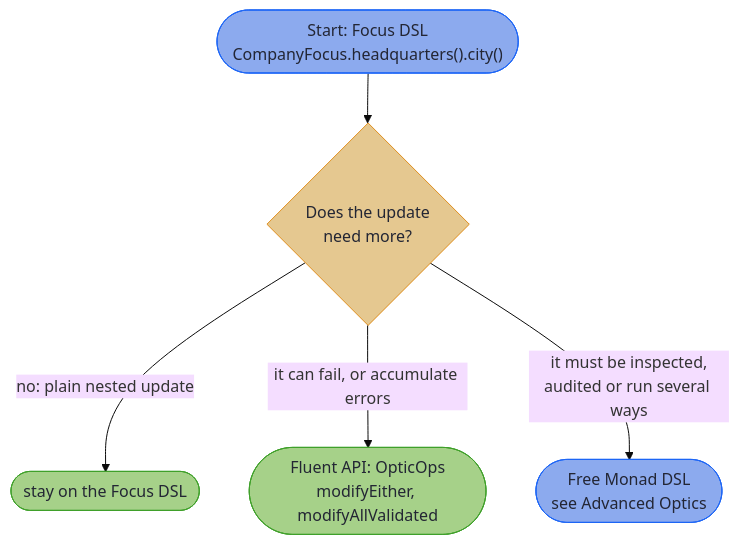
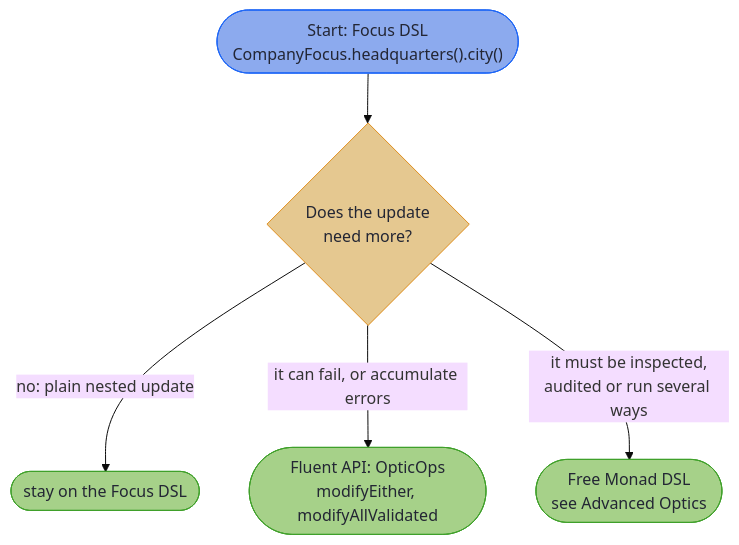
One commit to higher-kinded-j/higher-kinded-j changed the second of 3 diagrams in hkj-book/src/optics/decision_trees.md. Above: the diagram before and after it, drawn with Mermaid (base theme). The commit also changed other lines of this file and 4 other files, not shown here.

````diff
--- a/hkj-book/src/optics/decision_trees.md
+++ b/hkj-book/src/optics/decision_trees.md
@@ -55,14 +55,14 @@
 ```mermaid
 flowchart TD
     S(["Start: Focus DSL<br/>CompanyFocus.headquarters().city()"]) --> Q{"Does the update<br/>need more?"}
     Q -->|"no: plain nested update"| S2(["stay on the Focus DSL"])
     Q -->|"it can fail, or accumulate errors"| FA(["Fluent API: OpticOps<br/>modifyEither, modifyAllValidated"])
     Q -->|"it must be inspected,<br/>audited or run several ways"| FM(["Free Monad DSL<br/>see Advanced Optics"])
 
     classDef decision fill:#e5c890,stroke:#df8e1d,color:#232634
     classDef tier fill:#a6d189,stroke:#40a02b,color:#232634
     classDef wire fill:#8caaee,stroke:#1e66f5,color:#232634
     class Q decision
-    class S2,FA tier
-    class S,FM wire
+    class S2,FA,FM tier
+    class S wire
 ```
````
